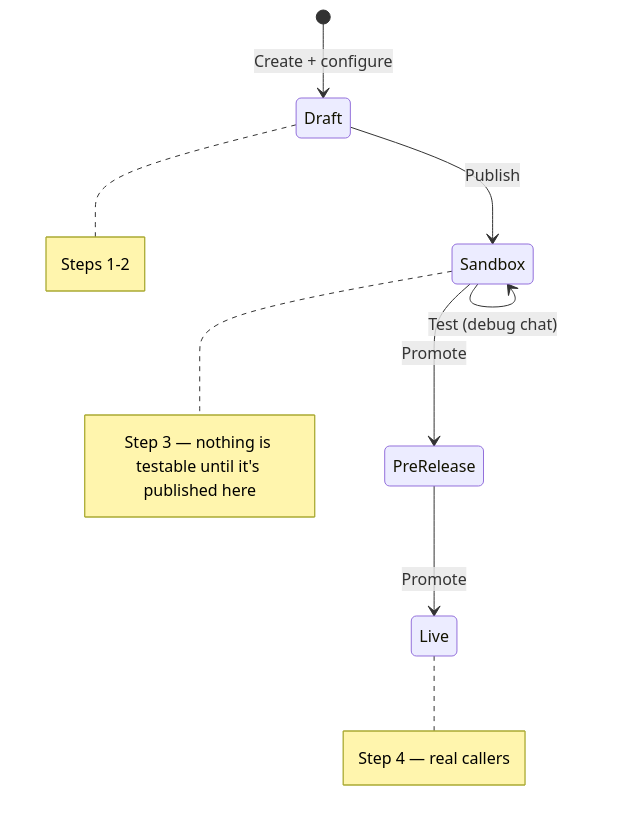
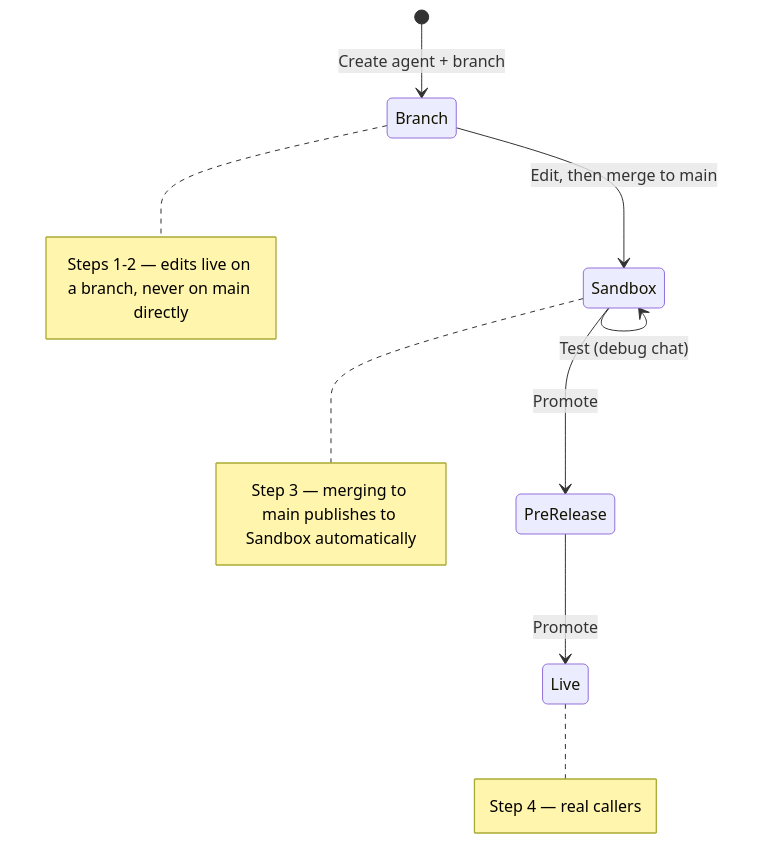
The diagram in api-reference/quickstart.mdx (PolyAI-LDN/polyai-mintlify-doc), drawn with Mermaid before and after one commit. The commit also changed other lines of this file and 9 other files, not shown here.

````diff
--- a/api-reference/quickstart.mdx
+++ b/api-reference/quickstart.mdx
@@ -79,12 +79,12 @@
 ```mermaid
 stateDiagram-v2
-    [*] --> Draft: Create + configure
-    Draft --> Sandbox: Publish
+    [*] --> Branch: Create agent + branch
+    Branch --> Sandbox: Edit, then merge to main
     Sandbox --> Sandbox: Test (debug chat)
     Sandbox --> PreRelease: Promote
     PreRelease --> Live: Promote
 
-    note right of Draft: Steps 1-2
-    note right of Sandbox: Step 3 — nothing is testable until it's published here
+    note right of Branch: Steps 1-2 — edits live on a branch, never on main directly
+    note right of Sandbox: Step 3 — merging to main publishes to Sandbox automatically
     note right of Live: Step 4 — real callers
 ```
````
